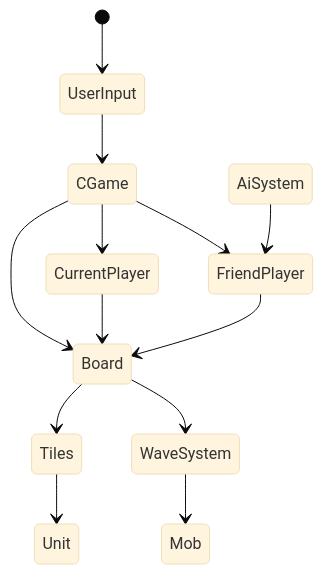
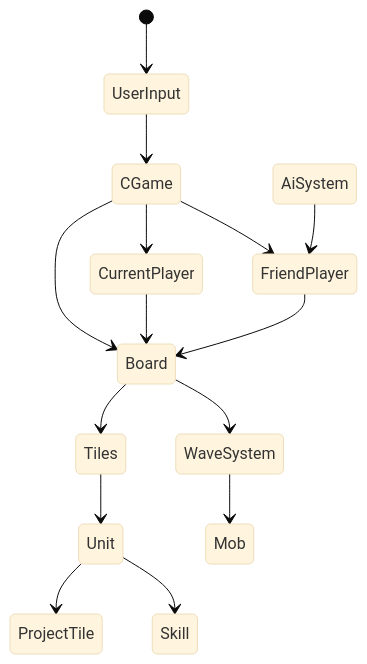
One commit to shogun0331/TaskProject changed the diagram in README.md. Above: the diagram before and after it, drawn with Mermaid (base theme).

````diff
--- a/README.md
+++ b/README.md
@@ -14,15 +14,18 @@
 ```mermaid
 stateDiagram
 [*] --> UserInput
 UserInput --> CGame
 CGame --> Board
 CGame --> CurrentPlayer
 CGame --> FriendPlayer
 Board --> Tiles
 CurrentPlayer --> Board 
 FriendPlayer --> Board
 AiSystem --> FriendPlayer
 Tiles --> Unit
 Board --> WaveSystem
 WaveSystem --> Mob
+Unit --> ProjectTile
+Unit --> Skill
+
 ```
````
